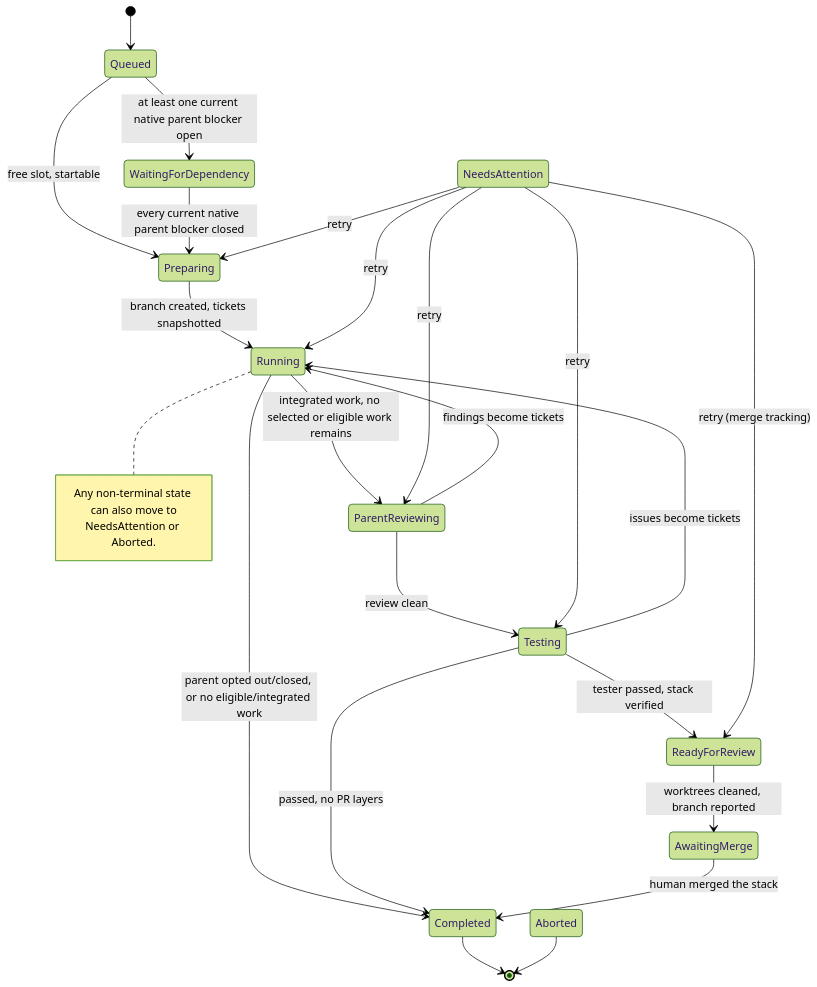
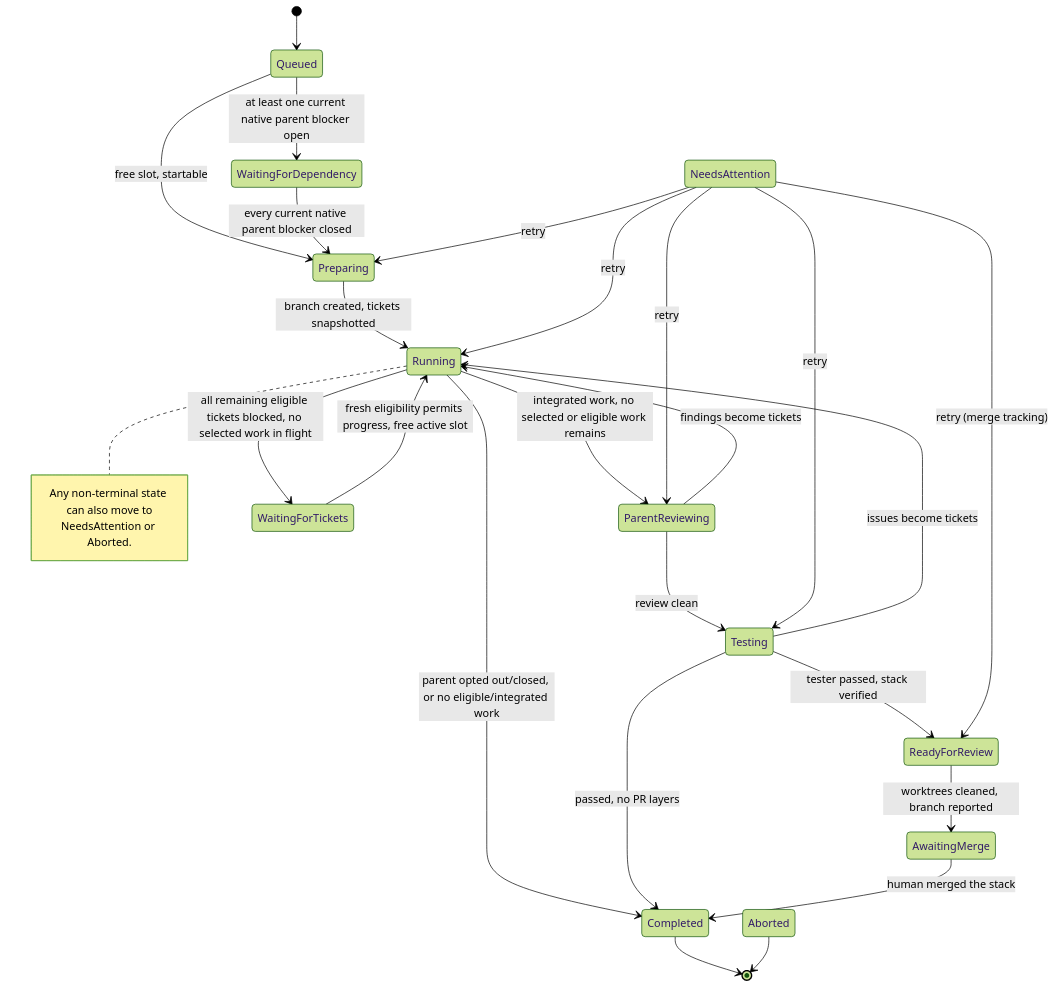
The second of 7 diagrams in docfx/developer-guide/run-lifecycle.md (FlorianAlbert/WebDevLoop), drawn with Mermaid (forest theme) before and after one commit. The commit also changed other lines of this file and 35 other files, not shown here.

````diff
--- a/docfx/developer-guide/run-lifecycle.md
+++ b/docfx/developer-guide/run-lifecycle.md
@@ -28,28 +28,30 @@
 ```mermaid
 stateDiagram-v2
     [*] --> Queued
     Queued --> WaitingForDependency: at least one current native parent blocker open
     Queued --> Preparing: free slot, startable
     WaitingForDependency --> Preparing: every current native parent blocker closed
     Preparing --> Running: branch created, tickets snapshotted
     Running --> ParentReviewing: integrated work, no selected or eligible work remains
     Running --> Completed: parent opted out/closed, or no eligible/integrated work
+    Running --> WaitingForTickets: all remaining eligible tickets blocked, no selected work in flight
+    WaitingForTickets --> Running: fresh eligibility permits progress, free active slot
     ParentReviewing --> Running: findings become tickets
     ParentReviewing --> Testing: review clean
     Testing --> Running: issues become tickets
     Testing --> ReadyForReview: tester passed, stack verified
     Testing --> Completed: passed, no PR layers
     ReadyForReview --> AwaitingMerge: worktrees cleaned, branch reported
     AwaitingMerge --> Completed: human merged the stack
     NeedsAttention --> Preparing: retry
     NeedsAttention --> Running: retry
     NeedsAttention --> ParentReviewing: retry
     NeedsAttention --> Testing: retry
     NeedsAttention --> ReadyForReview: retry (merge tracking)
     Completed --> [*]
     Aborted --> [*]
     note right of Running
         Any non-terminal state can also move to
         NeedsAttention or Aborted.
     end note
 ```
````
